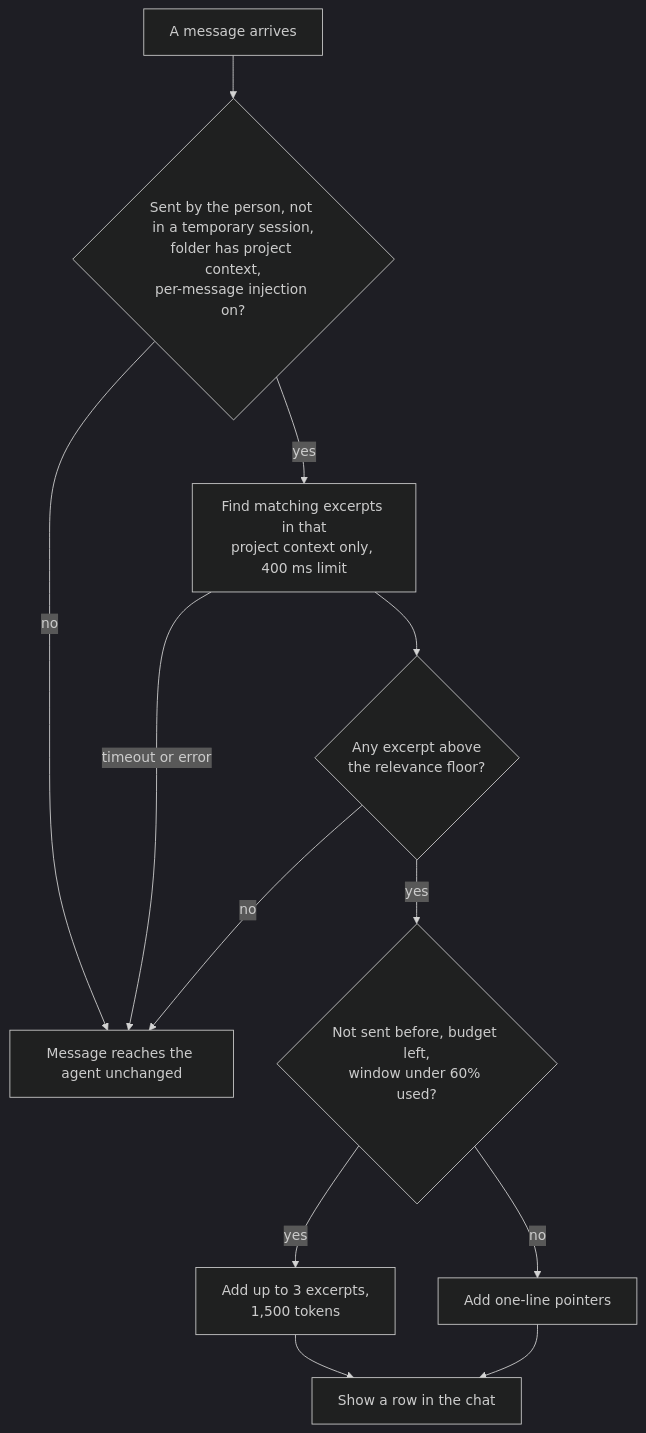
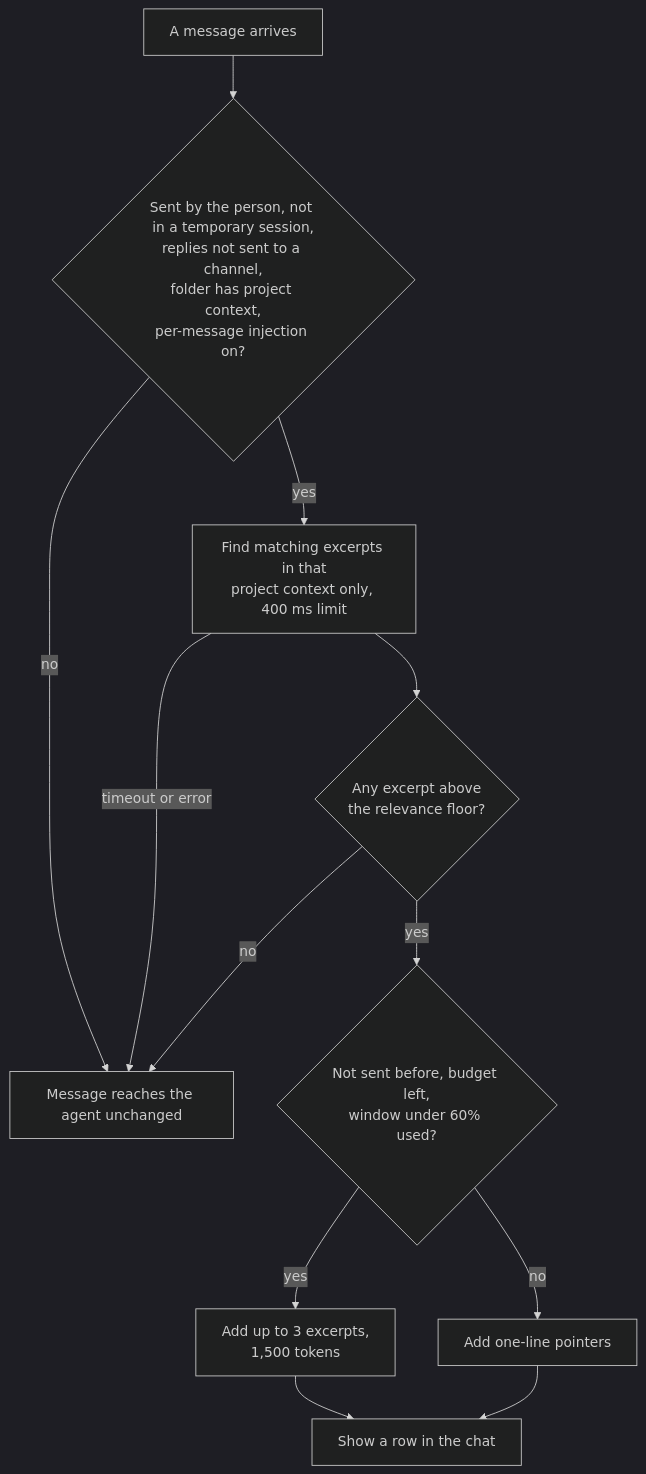
Before and after one commit to kirodotdev/KiroCrew: the diagram in docs/request-for-change/rfc-project-context-injection.md, drawn with Mermaid (dark theme). The commit also changed other lines of this file, not shown here.

First line of the commit message:
docs(rfc): keep project context out of channel conversations

````diff
--- a/docs/request-for-change/rfc-project-context-injection.md
+++ b/docs/request-for-change/rfc-project-context-injection.md
@@ -221,14 +236,14 @@
 ```mermaid
 flowchart TD
-  M["A message arrives"] --> F{"Sent by the person, not in a temporary session,<br/>folder has project context,<br/>per-message injection on?"}
+  M["A message arrives"] --> F{"Sent by the person, not in a temporary session,<br/>replies not sent to a channel,<br/>folder has project context,<br/>per-message injection on?"}
   F -- no --> N["Message reaches the agent unchanged"]
   F -- yes --> L["Find matching excerpts in that<br/>project context only, 400 ms limit"]
   L -- "timeout or error" --> N
   L --> S{"Any excerpt above<br/>the relevance floor?"}
   S -- no --> N
   S -- yes --> B{"Not sent before, budget left,<br/>window under 60% used?"}
   B -- yes --> E["Add up to 3 excerpts,<br/>1,500 tokens"]
   B -- no --> P["Add one-line pointers"]
   E --> R["Show a row in the chat"]
   P --> R
 ```
````
